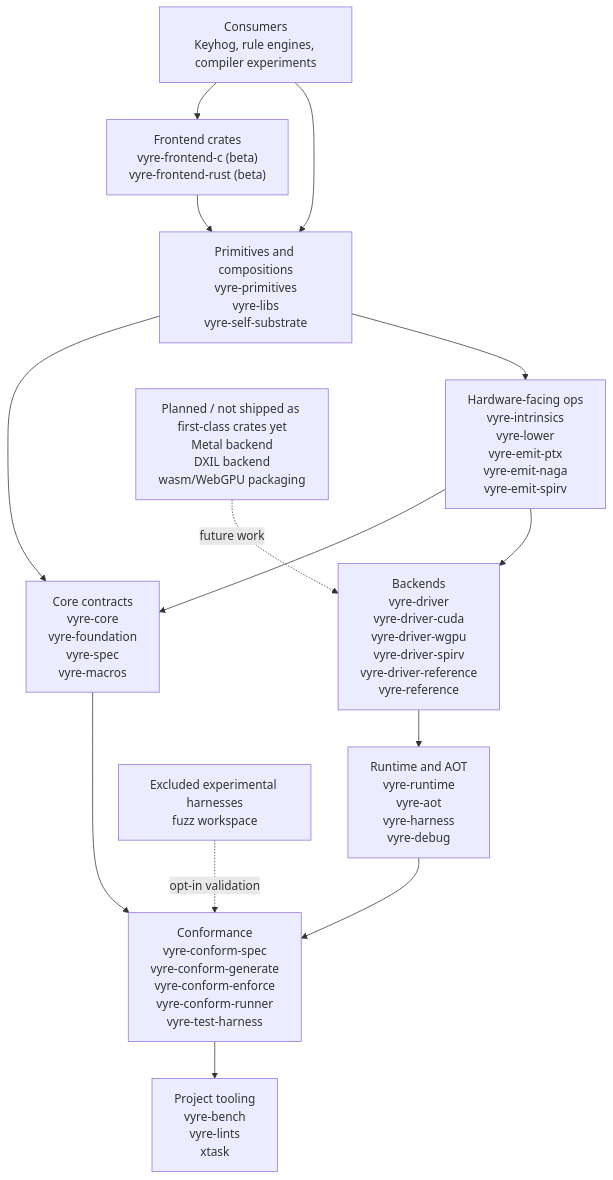
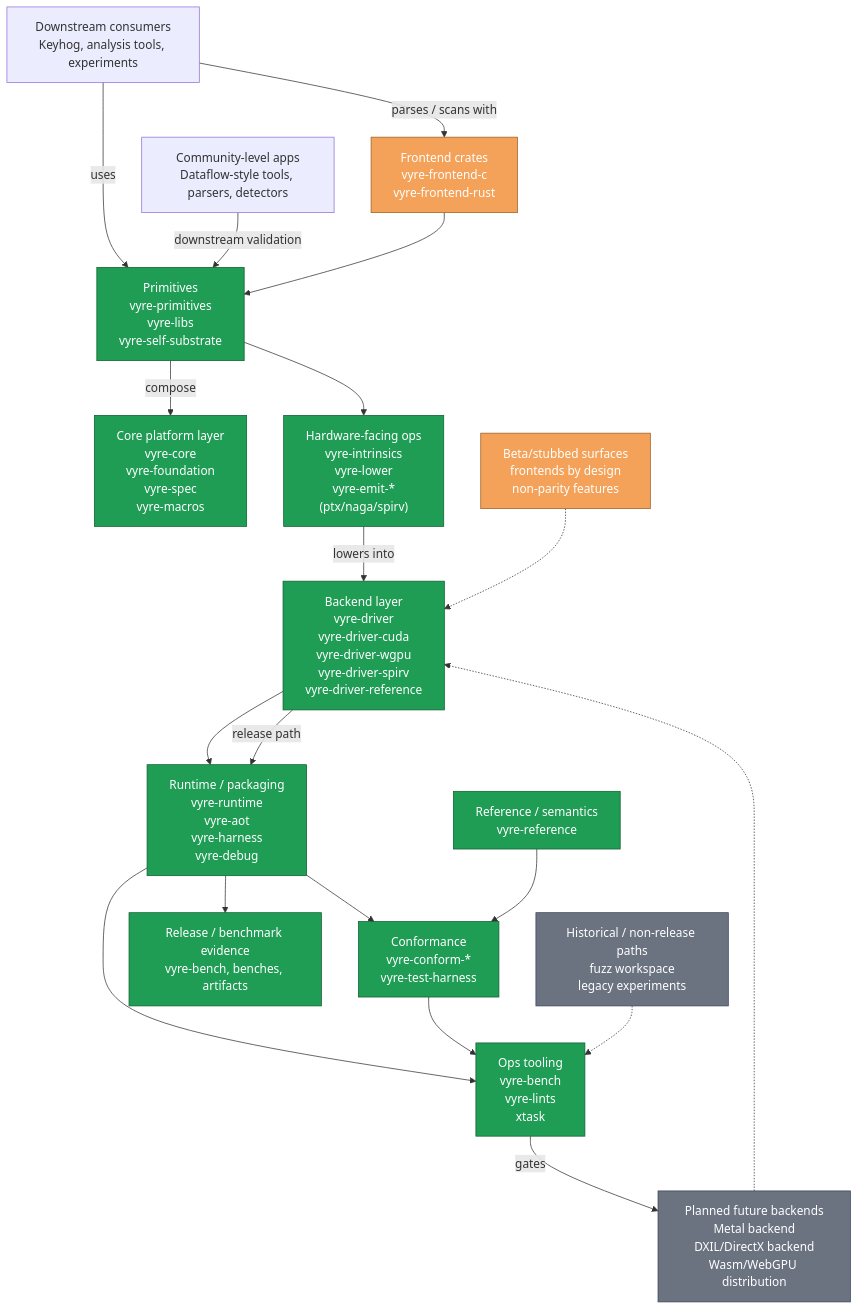
Before and after one commit to santhsecurity/vyre: the diagram in README.md, drawn with Mermaid. The commit also changed other lines of this file, not shown here.

Commit message:
docs: refresh README architecture and production/beta scope

````diff
--- a/README.md
+++ b/README.md
@@ -22,28 +22,50 @@
 ```mermaid
 flowchart TB
-    app["Consumers<br/>Keyhog, rule engines, compiler experiments"]
-    front["Frontend crates<br/>vyre-frontend-c (beta)<br/>vyre-frontend-rust (beta)"]
-    libs["Primitives and compositions<br/>vyre-primitives<br/>vyre-libs<br/>vyre-self-substrate"]
-    core["Core contracts<br/>vyre-core<br/>vyre-foundation<br/>vyre-spec<br/>vyre-macros"]
-    intr["Hardware-facing ops<br/>vyre-intrinsics<br/>vyre-lower<br/>vyre-emit-ptx<br/>vyre-emit-naga<br/>vyre-emit-spirv"]
-    backends["Backends<br/>vyre-driver<br/>vyre-driver-cuda<br/>vyre-driver-wgpu<br/>vyre-driver-spirv<br/>vyre-driver-reference<br/>vyre-reference"]
-    runtime["Runtime and AOT<br/>vyre-runtime<br/>vyre-aot<br/>vyre-harness<br/>vyre-debug"]
-    conform["Conformance<br/>vyre-conform-spec<br/>vyre-conform-generate<br/>vyre-conform-enforce<br/>vyre-conform-runner<br/>vyre-test-harness"]
-    qa["Project tooling<br/>vyre-bench<br/>vyre-lints<br/>xtask"]
-    planned["Planned / not shipped as first-class crates yet<br/>Metal backend<br/>DXIL backend<br/>wasm/WebGPU packaging"]
-    excluded["Excluded experimental harnesses<br/>fuzz workspace"]
+    classDef active fill:#1f9d55,color:#fff,stroke:#0f5f2f;
+    classDef activeSubtle fill:#2b7a57,color:#ecfef0,stroke:#145a3b;
+    classDef beta fill:#f4a259,color:#fff,stroke:#9a5f24;
+    classDef planned fill:#6b7280,color:#fff,stroke:#3b455a;
+    classDef boundary fill:#a855f7,color:#fff,stroke:#5b21b6;
 
-    app --> front
-    app --> libs
-    front --> libs
-    libs --> core
-    libs --> intr
-    intr --> core
-    intr --> backends
-    backends --> runtime
+    app["Downstream consumers<br/>Keyhog, analysis tools, experiments"]
+    lib["Community-level apps<br/>Dataflow-style tools, parsers, detectors"]
+
+    core["Core platform layer<br/>vyre-core<br/>vyre-foundation<br/>vyre-spec<br/>vyre-macros"]
+    reference["Reference / semantics<br/>vyre-reference"]
+    primitives["Primitives<br/>vyre-primitives<br/>vyre-libs<br/>vyre-self-substrate"]
+    intr["Hardware-facing ops<br/>vyre-intrinsics<br/>vyre-lower<br/>vyre-emit-*<br/>(ptx/naga/spirv)"]
+    drivers["Backend layer<br/>vyre-driver<br/>vyre-driver-cuda<br/>vyre-driver-wgpu<br/>vyre-driver-spirv<br/>vyre-driver-reference"]
+    runtime["Runtime / packaging<br/>vyre-runtime<br/>vyre-aot<br/>vyre-harness<br/>vyre-debug"]
+    front["Frontend crates<br/>vyre-frontend-c<br/>vyre-frontend-rust"]
+    conform["Conformance<br/>vyre-conform-*<br/>vyre-test-harness"]
+    qa["Ops tooling<br/>vyre-bench<br/>vyre-lints<br/>xtask"]
+    bench["Release / benchmark evidence<br/>vyre-bench, benches, artifacts"]
+
+    planned["Planned future backends<br/>Metal backend<br/>DXIL/DirectX backend<br/>Wasm/WebGPU distribution"]
+    archived["Historical / non-release paths<br/>fuzz workspace<br/>legacy experiments"]
+    beta["Beta/stubbed surfaces<br/>frontends by design<br/>non-parity features"]
+
+    app -->|uses| primitives
+    lib -->|downstream validation| primitives
+    app -->|parses / scans with| front
+    front --> primitives
+    primitives -->|compose| core
+    primitives --> intr
+    intr -->|lowers into| drivers
+    drivers --> runtime
     runtime --> conform
+    runtime --> qa
+    runtime --> bench
+    reference --> conform
     conform --> qa
-    core --> conform
-    planned -. future work .-> backends
-    excluded -. opt-in validation .-> conform
+    qa -->|gates| planned
+
+    drivers -->|release path| runtime
+    beta -.-> drivers
+    planned -.-> drivers
+    archived -.-> qa
+
+    class core,reference,primitives,intr,drivers,runtime,conform,qa,bench active
+    class front,beta beta
+    class planned,archived planned
 ```
````
